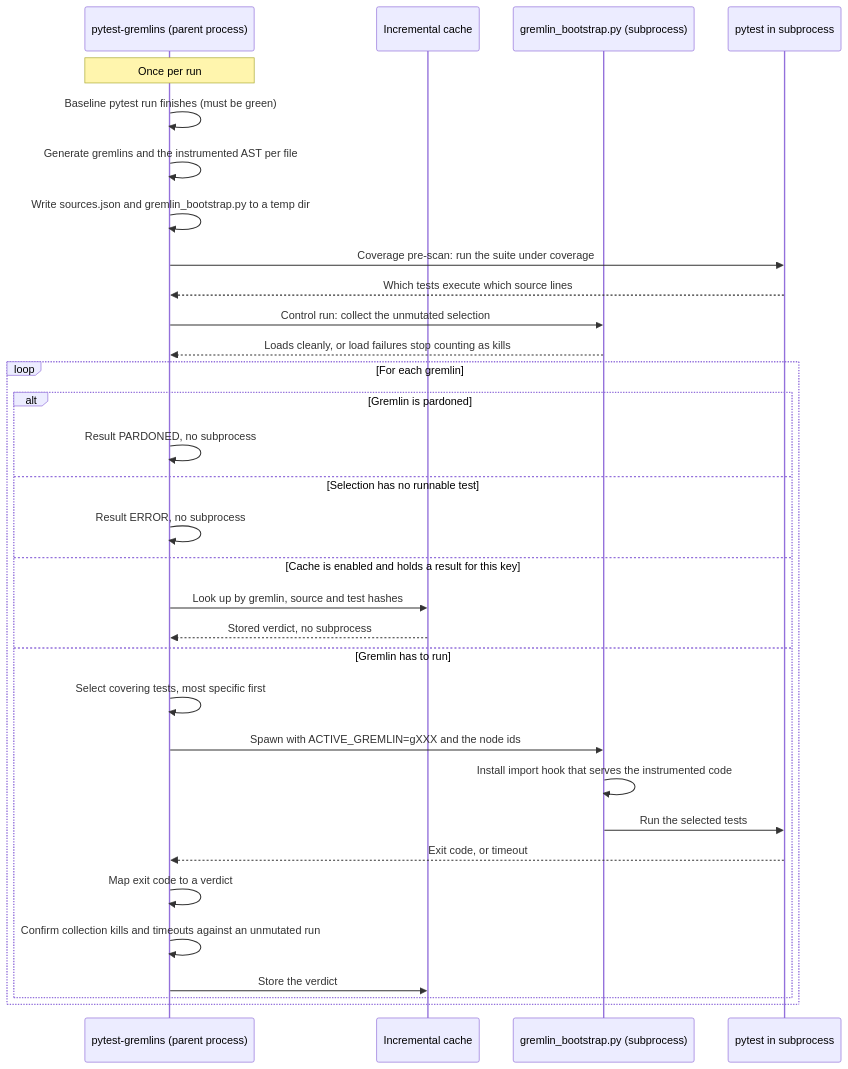
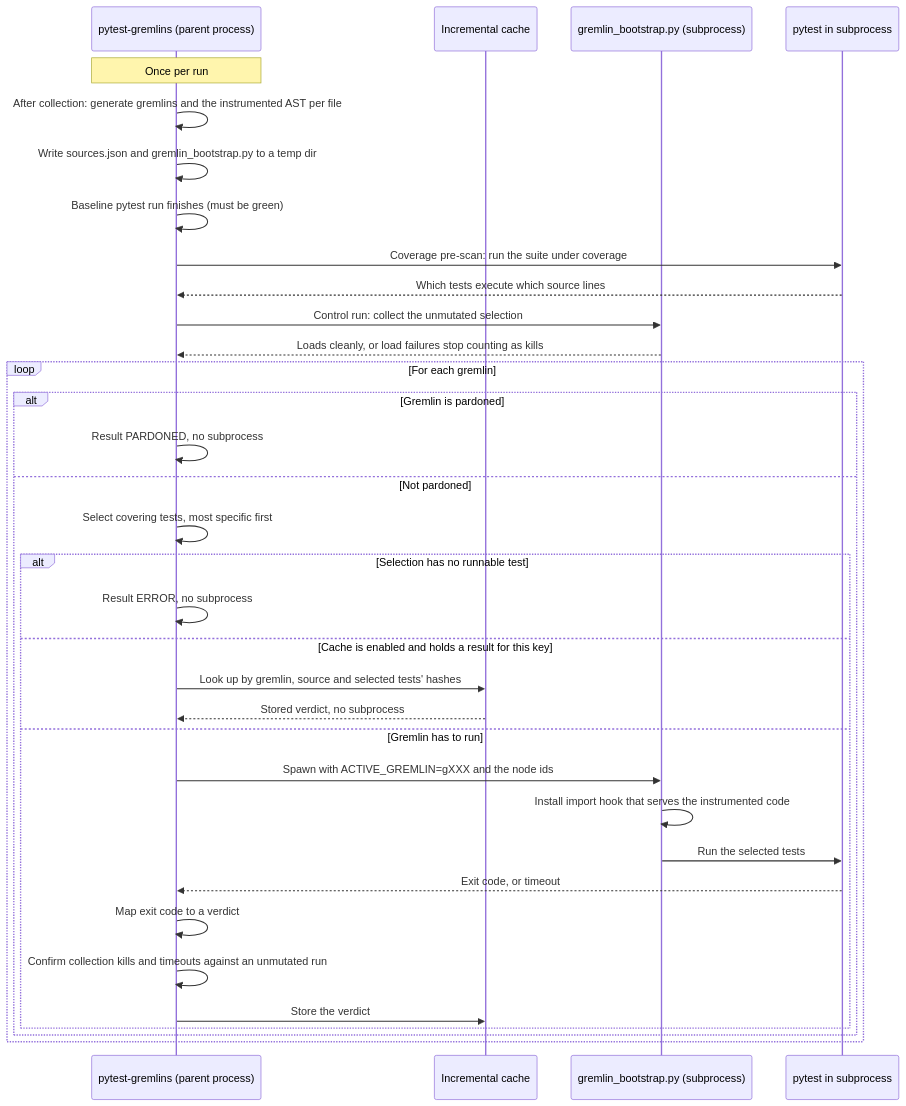
Before and after one commit to mikelane/pytest-gremlins: the diagram in docs/architecture/gremlin-execution-loop.md, drawn with Mermaid. The commit also changed other lines of this file, not shown here.

First line of the commit message:
docs(architecture): fix step order and verdict confirmation in the execution loop

````diff
--- a/docs/architecture/gremlin-execution-loop.md
+++ b/docs/architecture/gremlin-execution-loop.md
@@ -17,36 +17,38 @@
 ```mermaid
 sequenceDiagram
     participant Plugin as pytest-gremlins (parent process)
     participant Cache as Incremental cache
     participant Boot as gremlin_bootstrap.py (subprocess)
     participant Pytest as pytest in subprocess
 
     Note over Plugin: Once per run
+    Plugin->>Plugin: After collection: generate gremlins and the instrumented AST per file
+    Plugin->>Plugin: Write sources.json and gremlin_bootstrap.py to a temp dir
     Plugin->>Plugin: Baseline pytest run finishes (must be green)
-    Plugin->>Plugin: Generate gremlins and the instrumented AST per file
-    Plugin->>Plugin: Write sources.json and gremlin_bootstrap.py to a temp dir
     Plugin->>Pytest: Coverage pre-scan: run the suite under coverage
     Pytest-->>Plugin: Which tests execute which source lines
     Plugin->>Boot: Control run: collect the unmutated selection
     Boot-->>Plugin: Loads cleanly, or load failures stop counting as kills
 
     loop For each gremlin
         alt Gremlin is pardoned
             Plugin->>Plugin: Result PARDONED, no subprocess
-        else Selection has no runnable test
-            Plugin->>Plugin: Result ERROR, no subprocess
-        else Cache is enabled and holds a result for this key
-            Plugin->>Cache: Look up by gremlin, source and test hashes
-            Cache-->>Plugin: Stored verdict, no subprocess
-        else Gremlin has to run
+        else Not pardoned
             Plugin->>Plugin: Select covering tests, most specific first
-            Plugin->>Boot: Spawn with ACTIVE_GREMLIN=gXXX and the node ids
-            Boot->>Boot: Install import hook that serves the instrumented code
-            Boot->>Pytest: Run the selected tests
-            Pytest-->>Plugin: Exit code, or timeout
-            Plugin->>Plugin: Map exit code to a verdict
-            Plugin->>Plugin: Confirm collection kills and timeouts against an unmutated run
-            Plugin->>Cache: Store the verdict
+            alt Selection has no runnable test
+                Plugin->>Plugin: Result ERROR, no subprocess
+            else Cache is enabled and holds a result for this key
+                Plugin->>Cache: Look up by gremlin, source and selected tests' hashes
+                Cache-->>Plugin: Stored verdict, no subprocess
+            else Gremlin has to run
+                Plugin->>Boot: Spawn with ACTIVE_GREMLIN=gXXX and the node ids
+                Boot->>Boot: Install import hook that serves the instrumented code
+                Boot->>Pytest: Run the selected tests
+                Pytest-->>Plugin: Exit code, or timeout
+                Plugin->>Plugin: Map exit code to a verdict
+                Plugin->>Plugin: Confirm collection kills and timeouts against an unmutated run
+                Plugin->>Cache: Store the verdict
+            end
         end
     end
 ```
````
